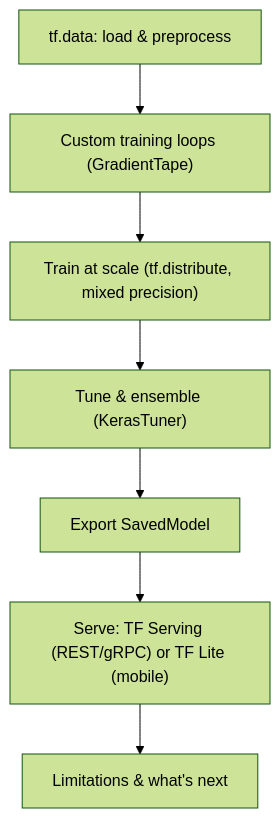
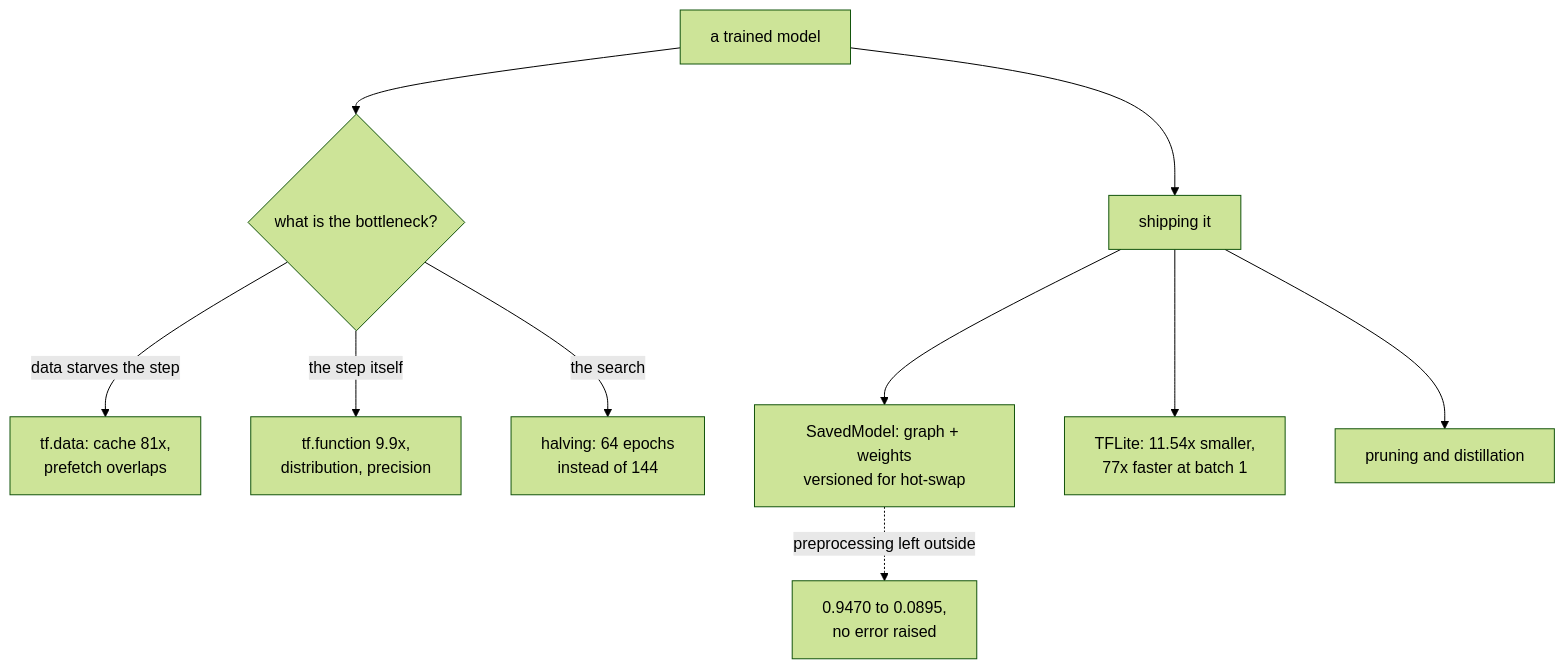
Before and after one commit to Ravikisha/PythonCentralHub: the diagram in src/content/docs/Deep Learning/Phase 08 - Scaling & Deploying Deep Models/Phase 8 - Scaling & Deploying Deep Models.mdx, drawn with Mermaid (forest theme). The commit also changed other lines of this file and 626 other files, not shown here.

````diff
--- a/src/content/docs/Deep Learning/Phase 08 - Scaling & Deploying Deep Models/Phase 8 - Scaling & Deploying Deep Models.mdx
+++ b/src/content/docs/Deep Learning/Phase 08 - Scaling & Deploying Deep Models/Phase 8 - Scaling & Deploying Deep Models.mdx
@@ -35,9 +57,12 @@
 ```mermaid
 flowchart TD
-  A["tf.data: load & preprocess"] --> B["Custom training loops (GradientTape)"]
-  B --> C["Train at scale (tf.distribute, mixed precision)"]
-  C --> T["Tune & ensemble (KerasTuner)"]
-  T --> D["Export SavedModel"]
-  D --> E["Serve: TF Serving (REST/gRPC) or TF Lite (mobile)"]
-  E --> F["Limitations & what's next"]
+  T["a trained model"] --> F{"what is the bottleneck?"}
+  F -->|"data starves the step"| D["tf.data: cache 81x,<br/>prefetch overlaps"]
+  F -->|"the step itself"| C["tf.function 9.9x,<br/>distribution, precision"]
+  F -->|"the search"| H["halving: 64 epochs<br/>instead of 144"]
+  T --> S["shipping it"]
+  S --> A["SavedModel: graph + weights<br/>versioned for hot-swap"]
+  S --> Q["TFLite: 11.54x smaller,<br/>77x faster at batch 1"]
+  S --> P["pruning and distillation"]
+  A -.->|"preprocessing left outside"| K["0.9470 to 0.0895,<br/>no error raised"]
 ```
````
